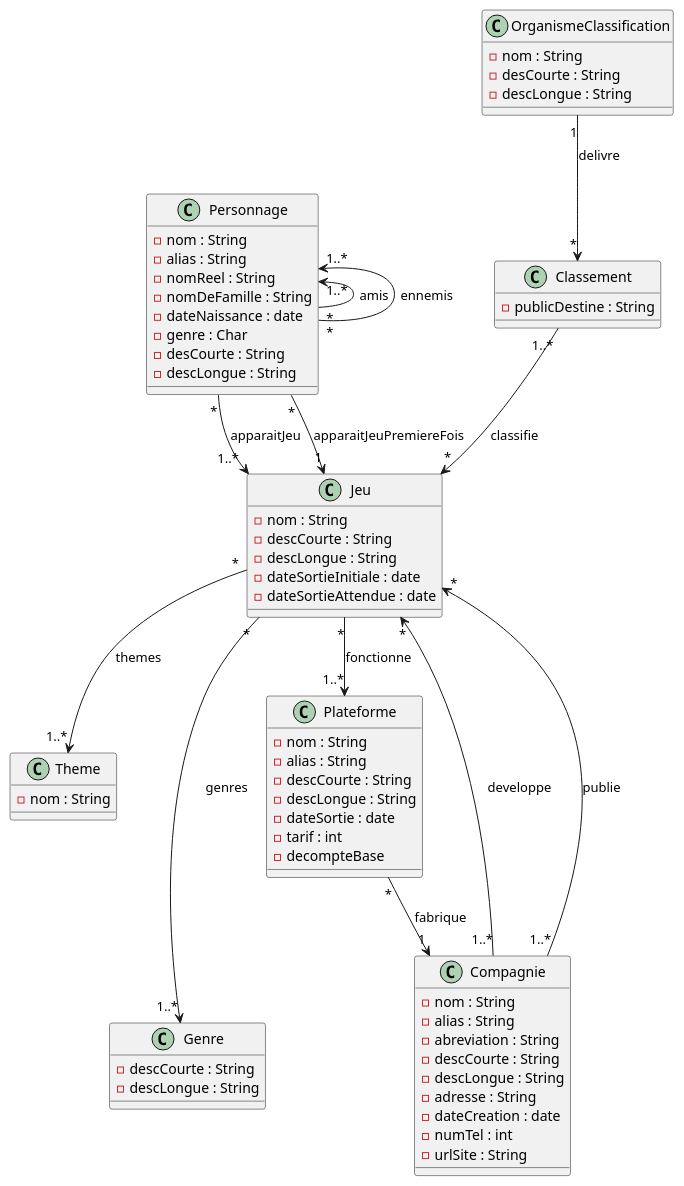
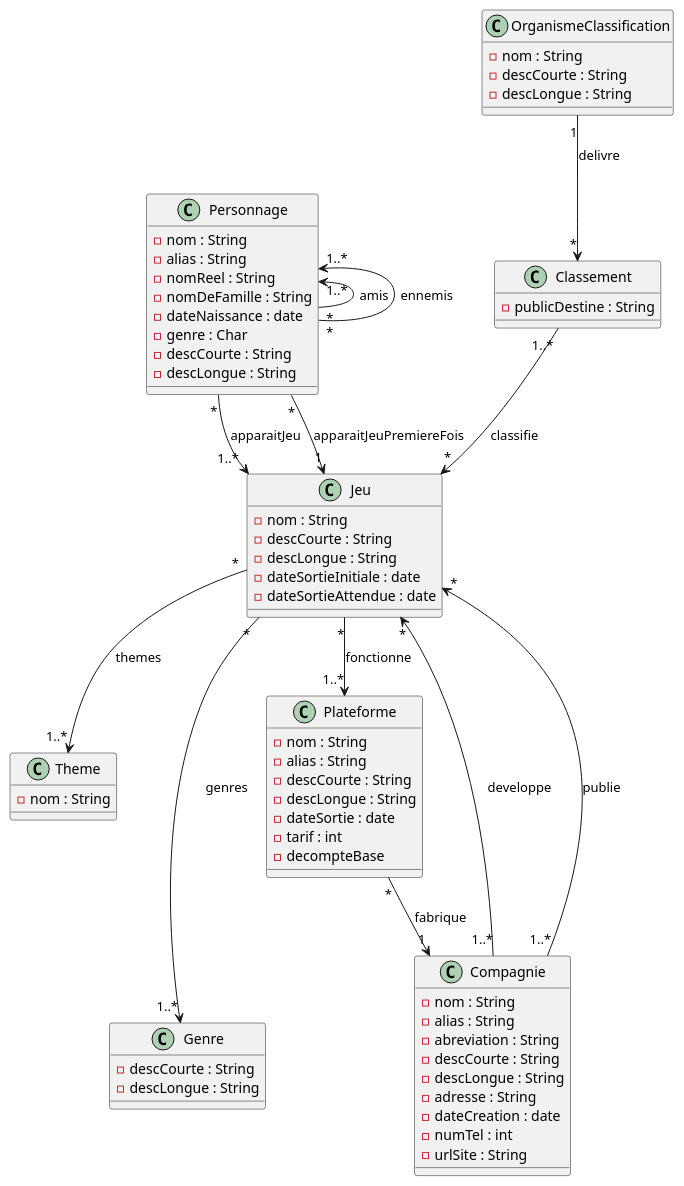
One commit to Kilmeee/Projet_BDD_S4_2022 changed the diagram in uml.plantuml. Above: the diagram before and after it, drawn with PlantUML. The commit also changed 1 other file, not shown here.

```diff
--- a/uml.plantuml
+++ b/uml.plantuml
@@ -1,87 +1,87 @@
 @startuml "Modèle UML"
 
 class Theme {
     - nom : String
 }
 
 class Genre {
     - descCourte : String
     - descLongue : String
 }
 
 class Jeu {
     - nom : String
     - descCourte : String
     - descLongue : String
     - dateSortieInitiale : date
     - dateSortieAttendue : date
 }
 
 class Plateforme {
     - nom : String
     - alias : String
     - descCourte : String
     - descLongue : String
     - dateSortie : date
     - tarif : int
     - decompteBase
 }
 
 class Compagnie {
     - nom : String
     - alias : String
     - abreviation : String
     - descCourte : String
     - descLongue : String
     - adresse : String
     - dateCreation : date
     - numTel : int
     - urlSite : String
 }
 
 class Classement {
     - publicDestine : String
 }
 
 class OrganismeClassification {
     - nom : String
-    - desCourte : String
+    - descCourte : String
     - descLongue : String 
 }
 
 class Personnage {
     - nom : String
     - alias : String 
     - nomReel : String
     - nomDeFamille : String
     - dateNaissance : date
     - genre : Char
-    - desCourte : String
+    - descCourte : String
     - descLongue : String
 }
 
 Compagnie "1..*" --> "*" Jeu : "developpe"
 
 Compagnie "1..*" --> "*" Jeu : "publie"
 
 Jeu "*" --> "1..*" Theme : "themes"
 
 Jeu "*" ---> "1..*" Genre : "genres"
 
 Jeu "*" --> "1..*" Plateforme : "fonctionne"
 
 OrganismeClassification "1" --> "*" Classement : "delivre"
 
 Classement "1..*" --> "*" Jeu : "classifie"
 
 Personnage "*" --> "1..*" Jeu : "apparaitJeu"
 
 Personnage "*" --> "1" Jeu : "apparaitJeuPremiereFois"
 
 Personnage "*" -left-> "1..*" Personnage : "amis"
 
 Personnage "*" -up-> "1..*" Personnage : "ennemis"
 
 Plateforme "*" --> "1" Compagnie : "fabrique"
 
 @enduml
```
